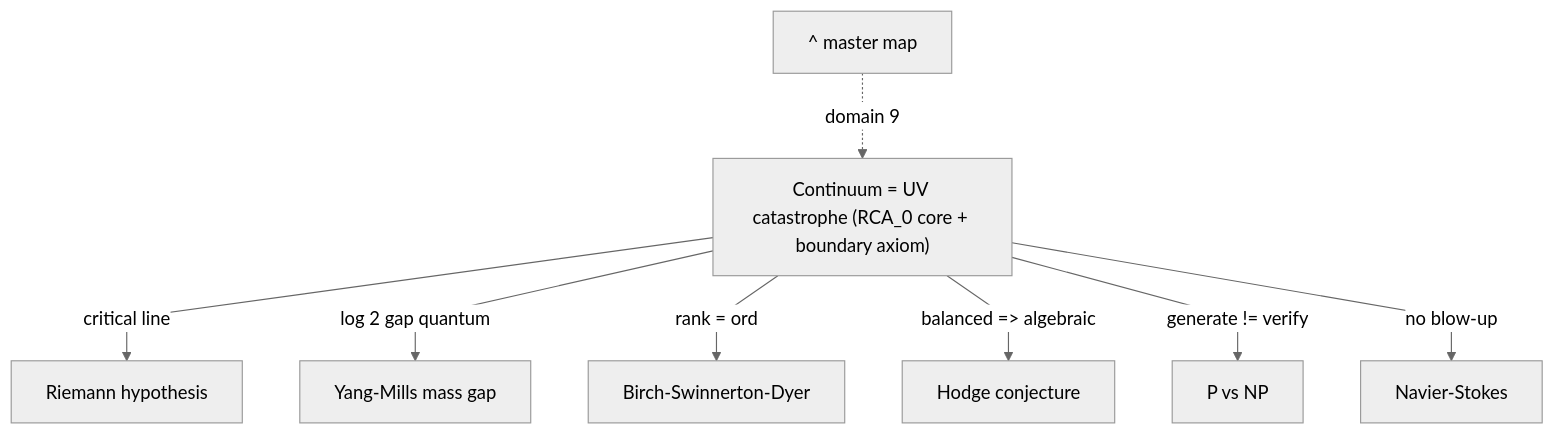
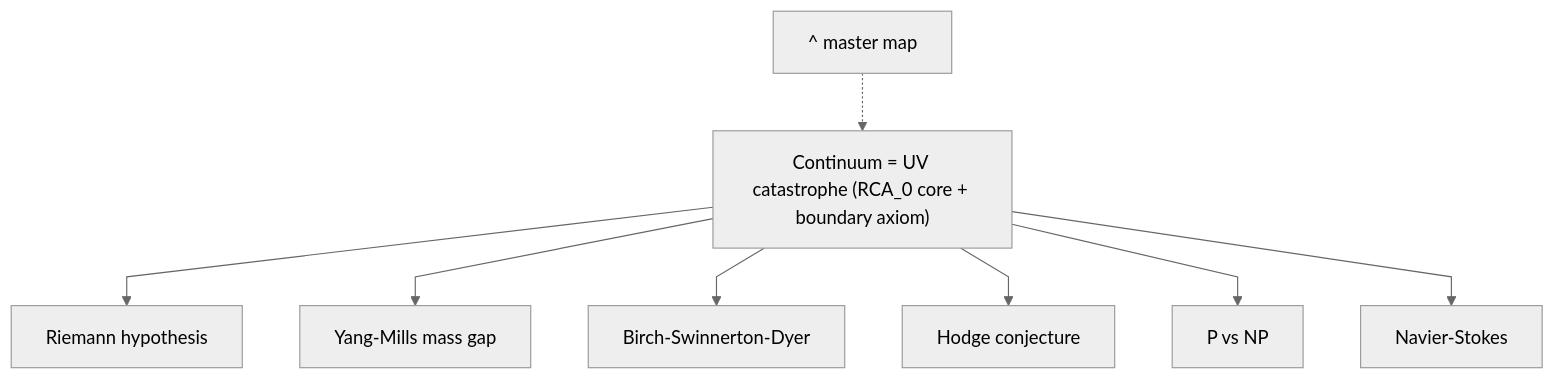
One commit to jimscarver/quantum-logical-framework changed the tenth of 11 diagrams in FlowChart.md. Above: the diagram before and after it, drawn with Mermaid. The commit also changed other lines of this file, not shown here.

First line of the commit message:
FlowChart.md: remove edge labels, move connectors to text legends (definitive GitHub render fix)

````diff
--- a/FlowChart.md
+++ b/FlowChart.md
@@ -200,11 +218,11 @@
 ```mermaid
 %%{init: {"theme":"neutral", "flowchart": {"curve": "linear"}}}%%
 flowchart TD
-  H9["^ master map"] -.->|"domain 9"| CC["Continuum = UV catastrophe (RCA_0 core + boundary axiom)"]
-  CC -->|"critical line"| RH["Riemann hypothesis"]
-  CC -->|"log 2 gap quantum"| YM["Yang-Mills mass gap"]
-  CC -->|"rank = ord"| BS["Birch-Swinnerton-Dyer"]
-  CC -->|"balanced => algebraic"| HOD["Hodge conjecture"]
-  CC -->|"generate != verify"| PN["P vs NP"]
-  CC -->|"no blow-up"| NV["Navier-Stokes"]
+  H9["^ master map"] -.-> CC["Continuum = UV catastrophe (RCA_0 core + boundary axiom)"]
+  CC --> RH["Riemann hypothesis"]
+  CC --> YM["Yang-Mills mass gap"]
+  CC --> BS["Birch-Swinnerton-Dyer"]
+  CC --> HOD["Hodge conjecture"]
+  CC --> PN["P vs NP"]
+  CC --> NV["Navier-Stokes"]
 ```
````
